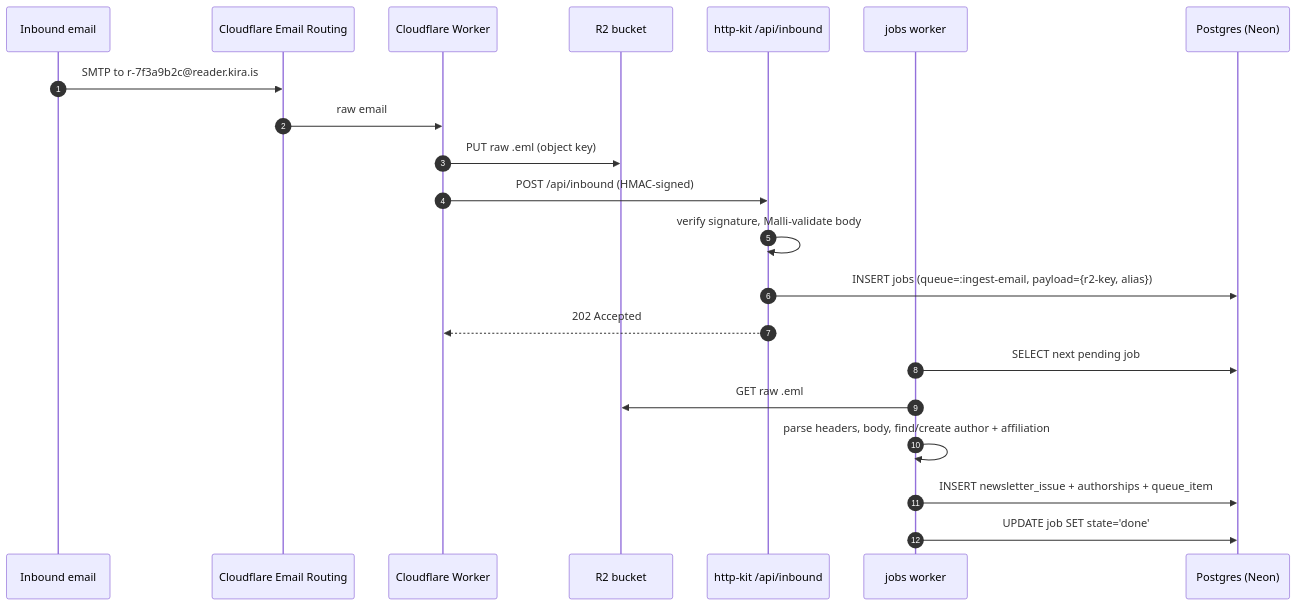
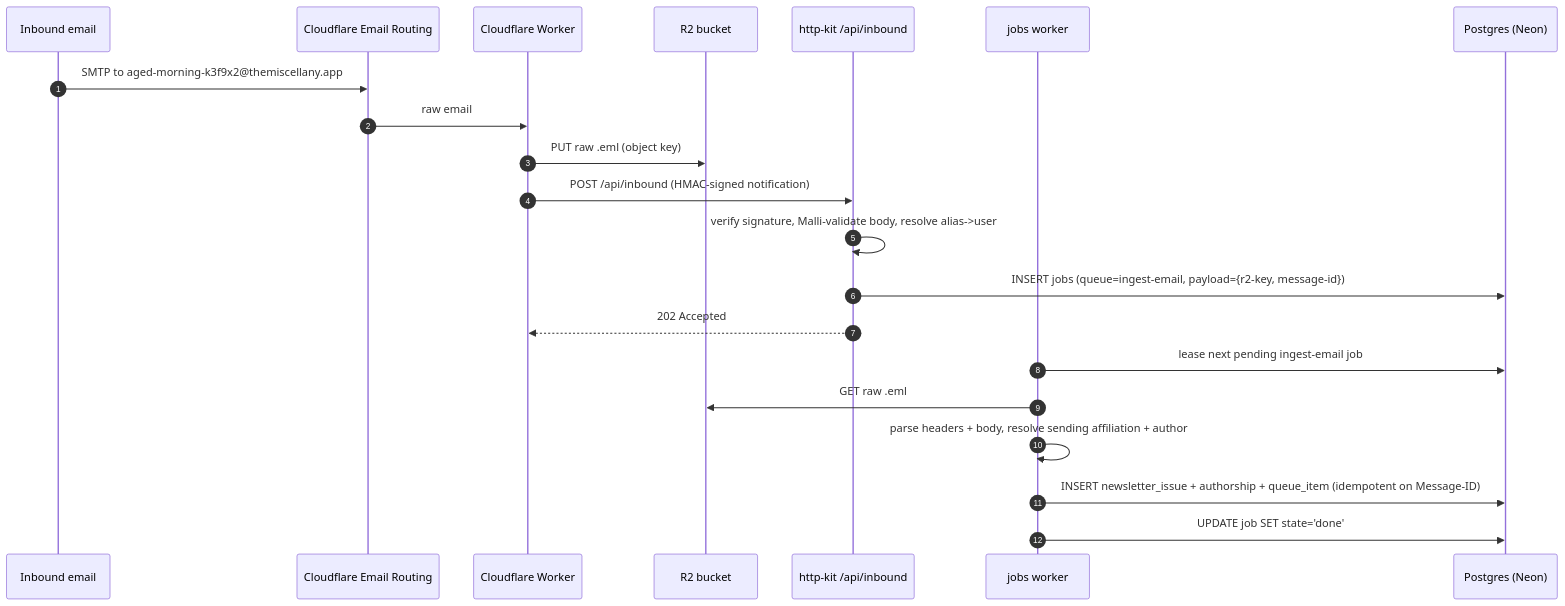
The third of 4 diagrams in docs/architecture.md (kirahowe/reader), drawn with Mermaid before and after one commit. The commit also changed other lines of this file, not shown here.

First line of the commit message:
Refresh architecture.md to match the shipped app

````diff
--- a/docs/architecture.md
+++ b/docs/architecture.md
@@ -149,24 +198,24 @@
 ```mermaid
 sequenceDiagram
   autonumber
   participant E as Inbound email
   participant CR as Cloudflare Email Routing
   participant CW as Cloudflare Worker
   participant R as R2 bucket
   participant H as http-kit /api/inbound
   participant J as jobs worker
   participant DB as Postgres (Neon)
 
-  E->>CR: SMTP to r-7f3a9b2c@reader.kira.is
+  E->>CR: SMTP to aged-morning-k3f9x2@themiscellany.app
   CR->>CW: raw email
   CW->>R: PUT raw .eml (object key)
-  CW->>H: POST /api/inbound (HMAC-signed)
-  H->>H: verify signature, Malli-validate body
-  H->>DB: INSERT jobs (queue=:ingest-email, payload={r2-key, alias})
+  CW->>H: POST /api/inbound (HMAC-signed notification)
+  H->>H: verify signature, Malli-validate body, resolve alias->user
+  H->>DB: INSERT jobs (queue=ingest-email, payload={r2-key, message-id})
   H-->>CW: 202 Accepted
-  J->>DB: SELECT next pending job
+  J->>DB: lease next pending ingest-email job
   J->>R: GET raw .eml
-  J->>J: parse headers, body, find/create author + affiliation
-  J->>DB: INSERT newsletter_issue + authorships + queue_item
+  J->>J: parse headers + body, resolve sending affiliation + author
+  J->>DB: INSERT newsletter_issue + authorship + queue_item (idempotent on Message-ID)
   J->>DB: UPDATE job SET state='done'
 ```
````
